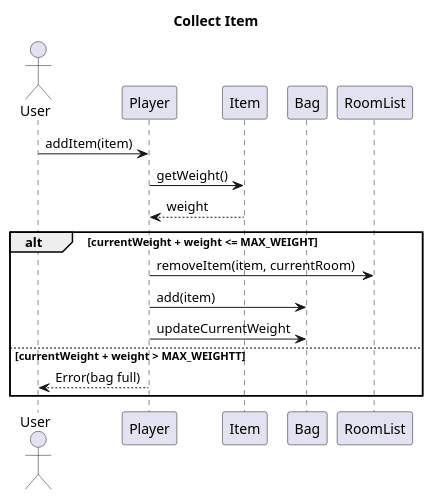
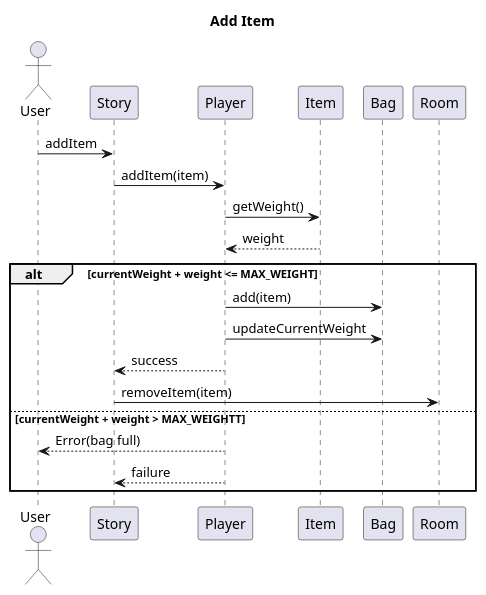
Before and after one commit to EDIDS/EDIDS_Proj: the diagram in src/main/java/com/extraction/uml/uml diagrams/Internal Sequence Diagrams/Collect-Item.puml, drawn with PlantUML. The commit also changed 12 other files, not shown here.

Commit message:
Almost finished diagrams.

```diff
--- a/src/main/java/com/extraction/uml/uml diagrams/Internal Sequence Diagrams/Collect-Item.puml
+++ b/src/main/java/com/extraction/uml/uml diagrams/Internal Sequence Diagrams/Collect-Item.puml
@@ -1,23 +1,26 @@
 @startuml
 
-title Collect Item
+title Add Item
 
 actor User
+participant Story
 participant Player
 participant Item
 participant Bag
-participant RoomList
+participant Room
 
-
-User -> Player : addItem(item)
+User -> Story : addItem
+Story -> Player : addItem(item)
 Player -> Item : getWeight()
 return weight
 alt currentWeight + weight <= MAX_WEIGHT
-    Player -> RoomList : removeItem(item, currentRoom)
     Player -> Bag : add(item)
     Player -> Bag : updateCurrentWeight
+    Player --> Story : success
+    Story -> Room : removeItem(item)
 else currentWeight + weight > MAX_WEIGHTT
     Player --> User : Error(bag full)
+    Player --> Story : failure
 end
 
 @enduml
```
